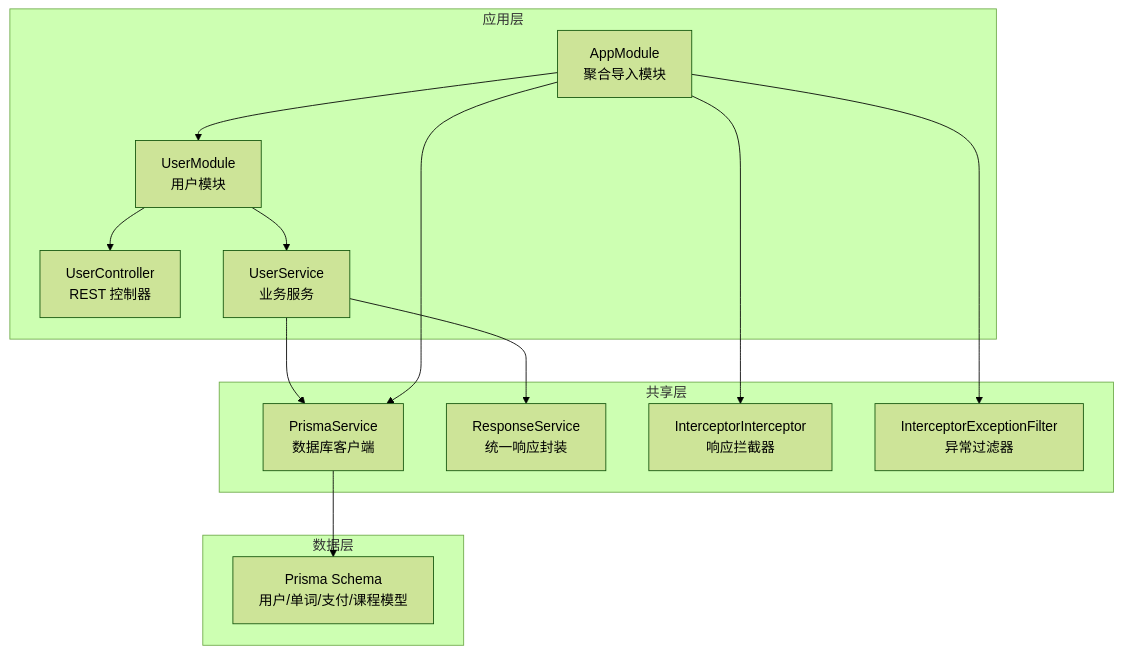
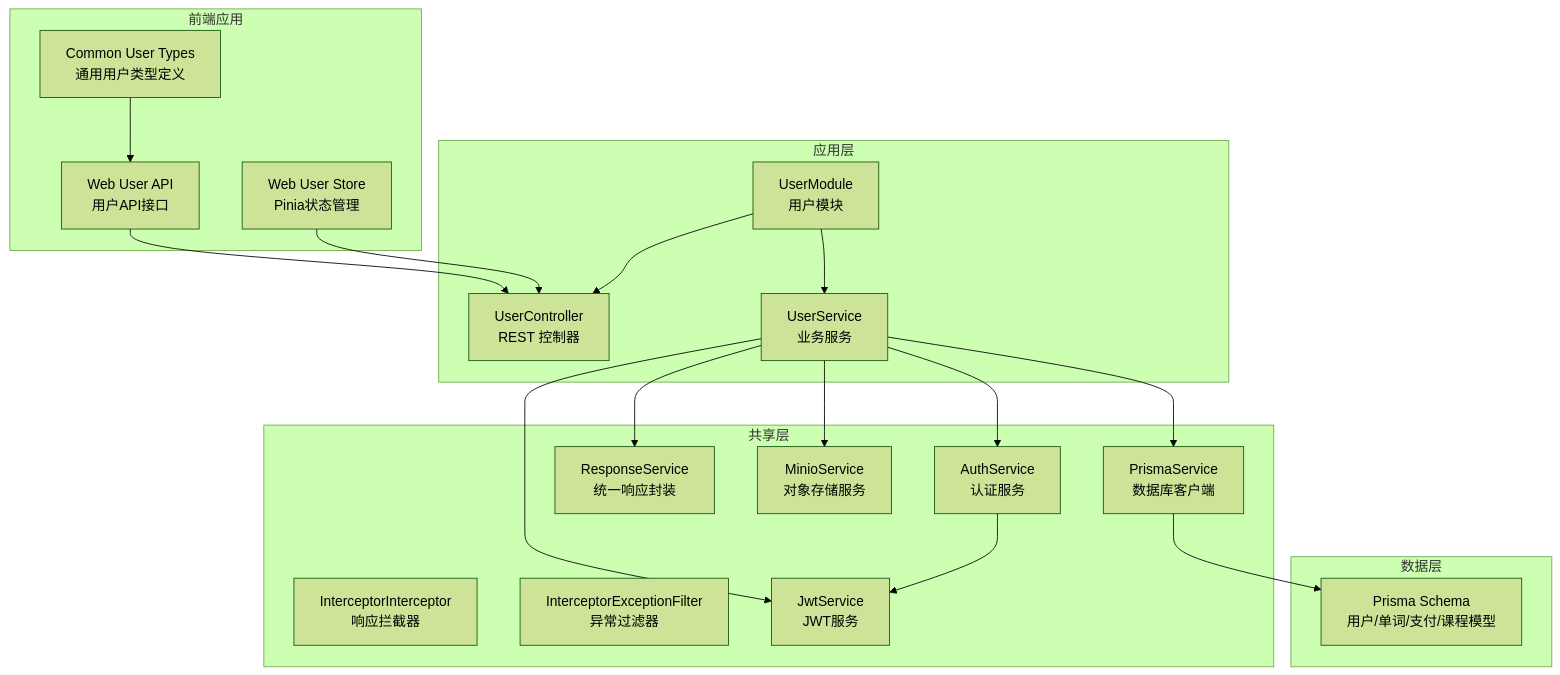
One commit to LihaoZDB/English-Study changed the first of 4 diagrams in .qoder/repowiki/zh/content/后端开发/核心业务服务/用户管理系统/用户管理系统.md. Above: the diagram before and after it, drawn with Mermaid (forest theme). The commit also changed other lines of this file and 9 other files, not shown here.

````diff
--- a/.qoder/repowiki/zh/content/后端开发/核心业务服务/用户管理系统/用户管理系统.md
+++ b/.qoder/repowiki/zh/content/后端开发/核心业务服务/用户管理系统/用户管理系统.md
@@ -46,27 +50,37 @@
 ```mermaid
 graph TB
+subgraph "前端应用"
+WebUserAPI["Web User API<br/>用户API接口"]
+WebUserStore["Web User Store<br/>Pinia状态管理"]
+CommonUserTypes["Common User Types<br/>通用用户类型定义"]
+end
 subgraph "应用层"
-AppModule["AppModule<br/>聚合导入模块"]
 UserModule["UserModule<br/>用户模块"]
 UserController["UserController<br/>REST 控制器"]
 UserService["UserService<br/>业务服务"]
 end
 subgraph "共享层"
 SharedPrisma["PrismaService<br/>数据库客户端"]
 ResponseService["ResponseService<br/>统一响应封装"]
 Interceptor["InterceptorInterceptor<br/>响应拦截器"]
 ExceptionFilter["InterceptorExceptionFilter<br/>异常过滤器"]
+MinioService["MinioService<br/>对象存储服务"]
+AuthService["AuthService<br/>认证服务"]
+JwtService["JwtService<br/>JWT服务"]
 end
 subgraph "数据层"
 PrismaSchema["Prisma Schema<br/>用户/单词/支付/课程模型"]
 end
-AppModule --> UserModule
+CommonUserTypes --> WebUserAPI
+WebUserAPI --> UserController
+WebUserStore --> UserController
 UserModule --> UserController
 UserModule --> UserService
 UserService --> SharedPrisma
 UserService --> ResponseService
-AppModule --> SharedPrisma
-AppModule --> Interceptor
-AppModule --> ExceptionFilter
+UserService --> MinioService
+UserService --> AuthService
+UserService --> JwtService
+AuthService --> JwtService
 SharedPrisma --> PrismaSchema
 ```
````
